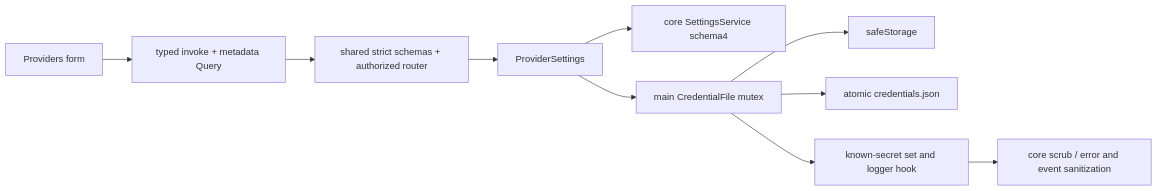
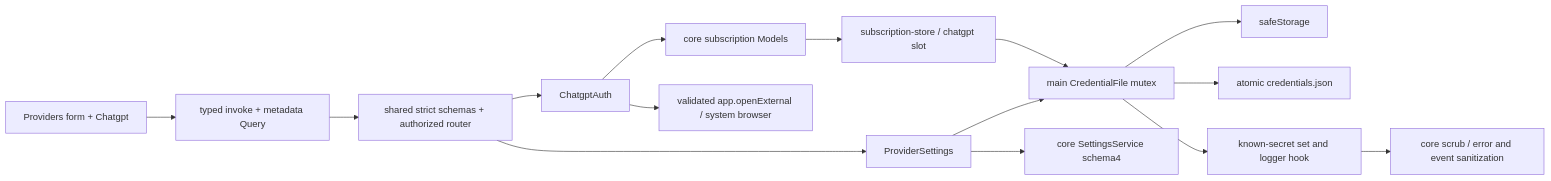
Before and after one commit to DDP-Engineering/2026_Virtual_Embedded_Rig_Assistant: the diagram in .agentic/knowledge/providers.md, drawn with Mermaid. The commit also changed other lines of this file and 54 other files, not shown here.

````diff
--- a/.agentic/knowledge/providers.md
+++ b/.agentic/knowledge/providers.md
@@ -76,12 +86,17 @@
 ```mermaid
 flowchart LR
- UI[Providers form] --> API[typed invoke + metadata Query]
+ UI[Providers form + Chatgpt] --> API[typed invoke + metadata Query]
  API --> IPC[shared strict schemas + authorized router]
+ IPC --> Auth[ChatgptAuth]
+ Auth --> Subscription[core subscription Models]
+ Subscription --> View[subscription-store / chatgpt slot]
+ View --> Store
+ Auth --> External[validated app.openExternal / system browser]
  IPC --> Main[ProviderSettings]
  Main --> Settings[core SettingsService schema4]
  Main --> Store[main CredentialFile mutex]
  Store --> Crypto[safeStorage]
  Store --> Files[atomic credentials.json]
  Store --> Registry[known-secret set and logger hook]
  Registry --> Scrub[core scrub / error and event sanitization]
 ```
````
